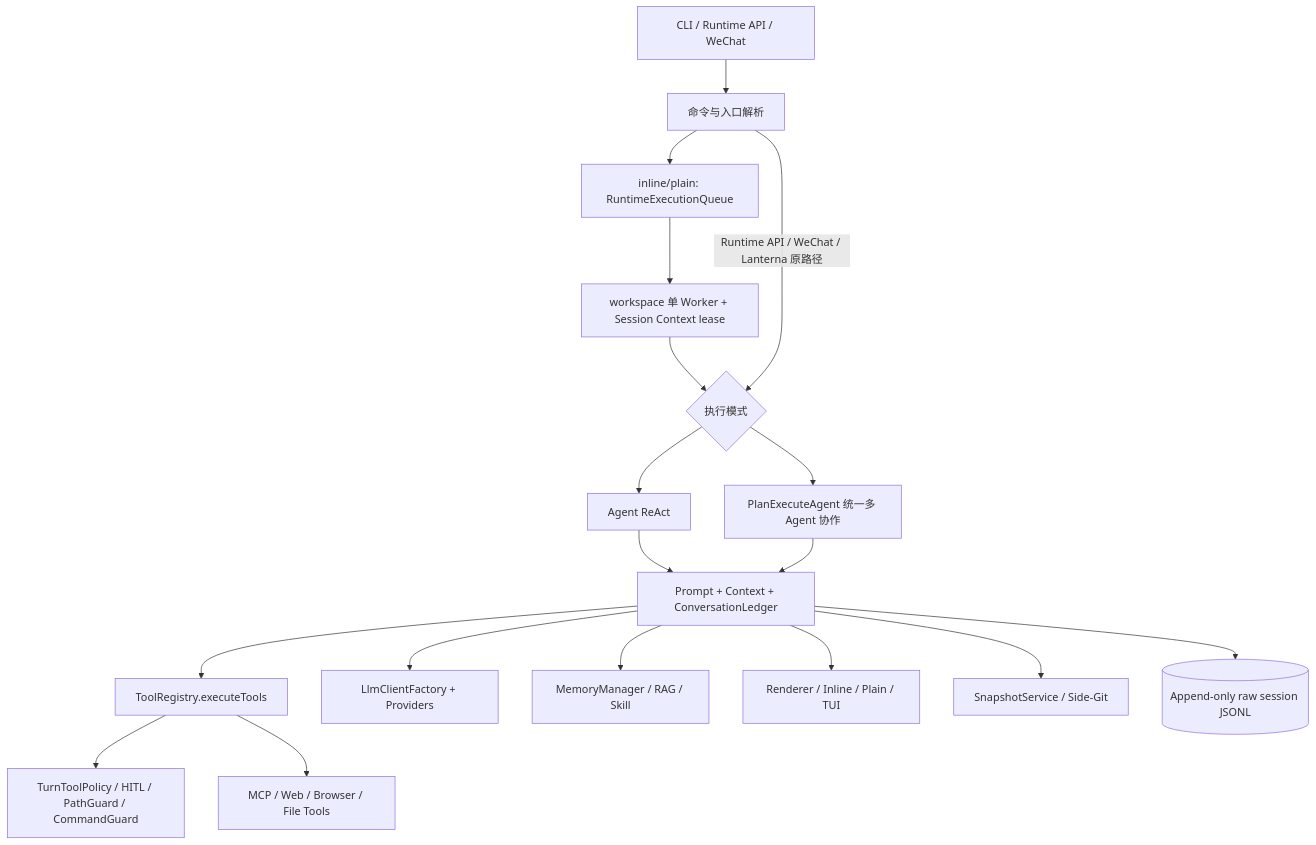
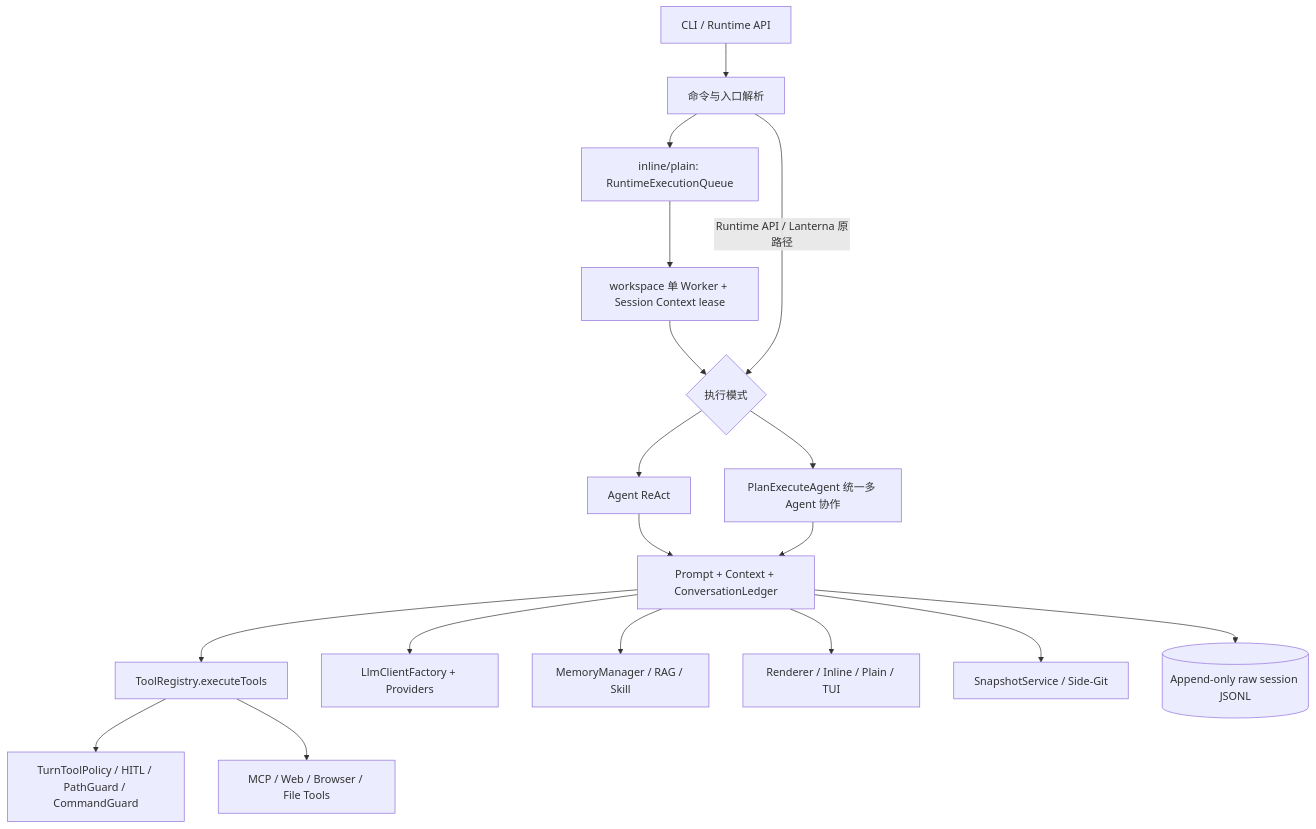
One commit to zgjdev/Code-Agent changed the second of 3 diagrams in AGENTS.md. Above: the diagram before and after it, drawn with Mermaid. The commit also changed other lines of this file and 88 other files, not shown here.

````diff
--- a/AGENTS.md
+++ b/AGENTS.md
@@ -68,20 +68,20 @@
 ```mermaid
 graph TB
-    CLI[CLI / Runtime API / WeChat] --> ROUTE[命令与入口解析]
+    CLI[CLI / Runtime API] --> ROUTE[命令与入口解析]
     ROUTE --> QUEUE[inline/plain: RuntimeExecutionQueue]
     QUEUE --> WORKER[workspace 单 Worker + Session Context lease]
     WORKER --> MODE{执行模式}
-    ROUTE -->|Runtime API / WeChat / Lanterna 原路径| MODE
+    ROUTE -->|Runtime API / Lanterna 原路径| MODE
     MODE --> REACT[Agent ReAct]
     MODE --> PLAN[PlanExecuteAgent 统一多 Agent 协作]
     REACT --> CORE[Prompt + Context + ConversationLedger]
     PLAN --> CORE
     CORE --> TOOLS[ToolRegistry.executeTools]
     TOOLS --> POLICY[TurnToolPolicy / HITL / PathGuard / CommandGuard]
     TOOLS --> MCP[MCP / Web / Browser / File Tools]
     CORE --> LLM[LlmClientFactory + Providers]
     CORE --> MEMORY[MemoryManager / RAG / Skill]
     CORE --> RENDER[Renderer / Inline / Plain / TUI]
     CORE --> SNAP[SnapshotService / Side-Git]
     CORE --> LEDGER[(Append-only raw session JSONL)]
 ```
````
